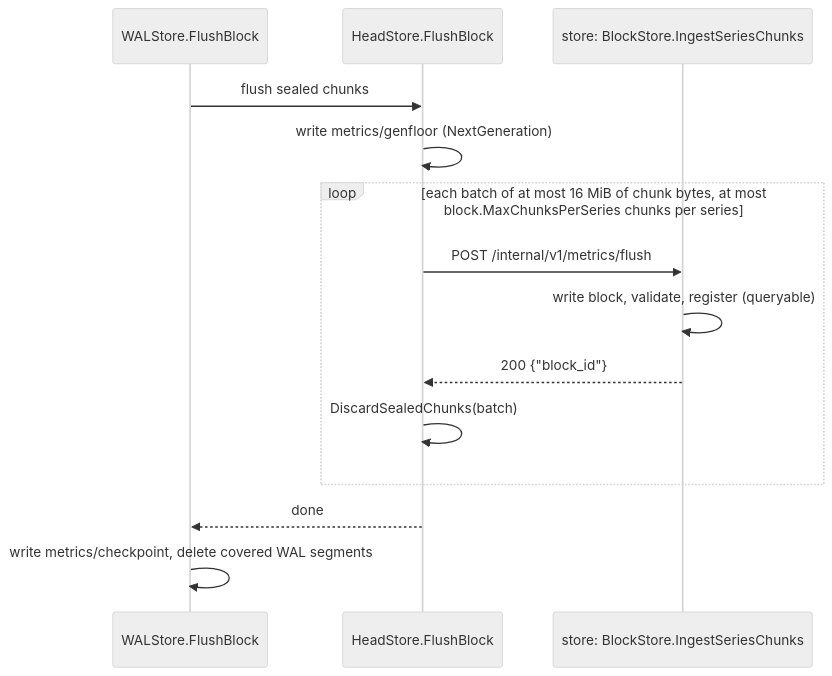
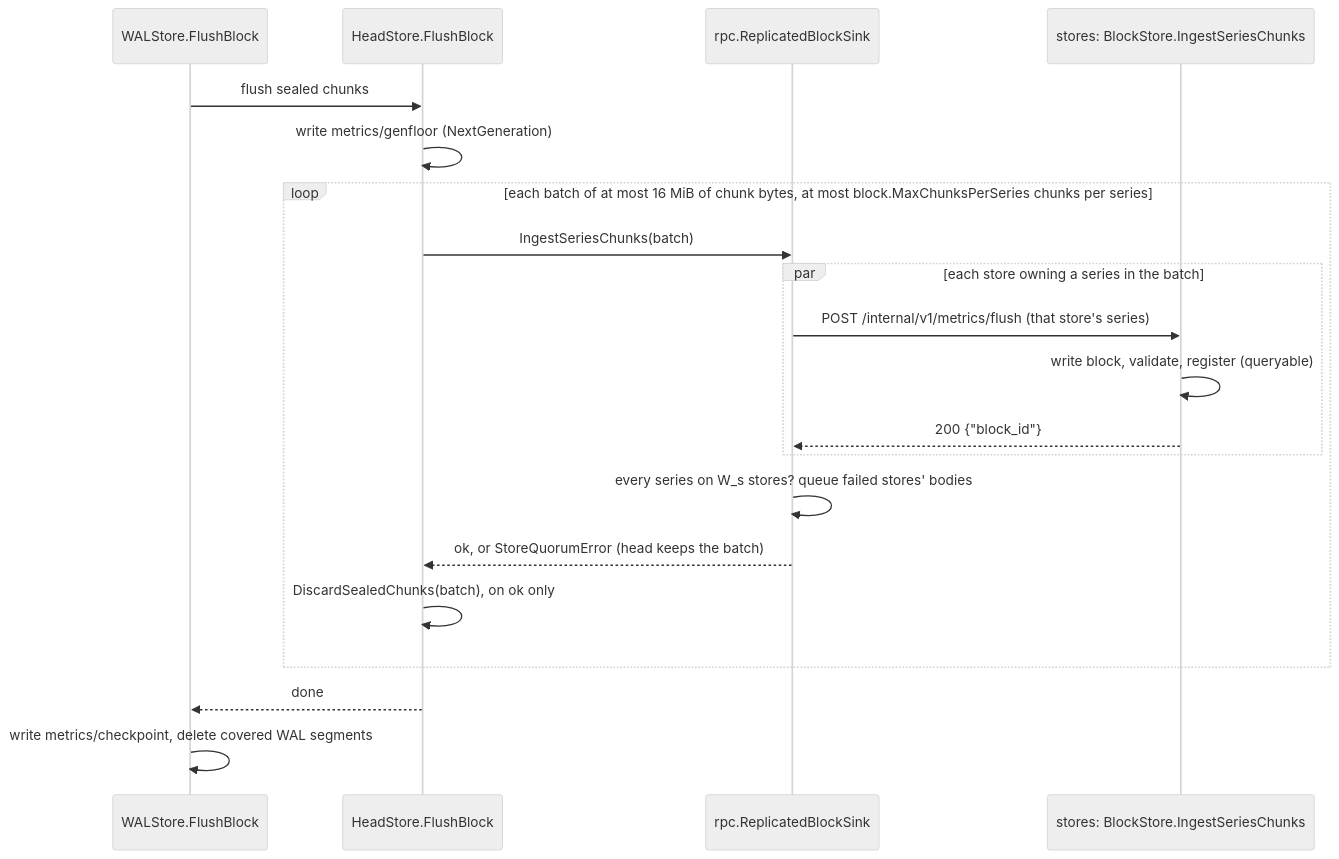
One commit to Weilei424/observability-platform changed the third of 5 diagrams in docs/architecture/components.md. Above: the diagram before and after it, drawn with Mermaid (neutral theme). The commit also changed other lines of this file, not shown here.

Commit message:
docs(architecture): the store layer, parallel read path, replicated flush, and per-store compaction

````diff
--- a/docs/architecture/components.md
+++ b/docs/architecture/components.md
@@ -227,16 +288,22 @@
 ```mermaid
 sequenceDiagram
   participant W as WALStore.FlushBlock
   participant H as HeadStore.FlushBlock
-  participant S as store: BlockStore.IngestSeriesChunks
+  participant R as rpc.ReplicatedBlockSink
+  participant S as stores: BlockStore.IngestSeriesChunks
   W->>H: flush sealed chunks
   H->>H: write metrics/genfloor (NextGeneration)
   loop each batch of at most 16 MiB of chunk bytes, at most block.MaxChunksPerSeries chunks per series
-    H->>S: POST /internal/v1/metrics/flush
-    S->>S: write block, validate, register (queryable)
-    S-->>H: 200 {"block_id"}
-    H->>H: DiscardSealedChunks(batch)
+    H->>R: IngestSeriesChunks(batch)
+    par each store owning a series in the batch
+      R->>S: POST /internal/v1/metrics/flush (that store's series)
+      S->>S: write block, validate, register (queryable)
+      S-->>R: 200 {"block_id"}
+    end
+    R->>R: every series on W_s stores? queue failed stores' bodies
+    R-->>H: ok, or StoreQuorumError (head keeps the batch)
+    H->>H: DiscardSealedChunks(batch), on ok only
   end
   H-->>W: done
   W->>W: write metrics/checkpoint, delete covered WAL segments
 ```
````
